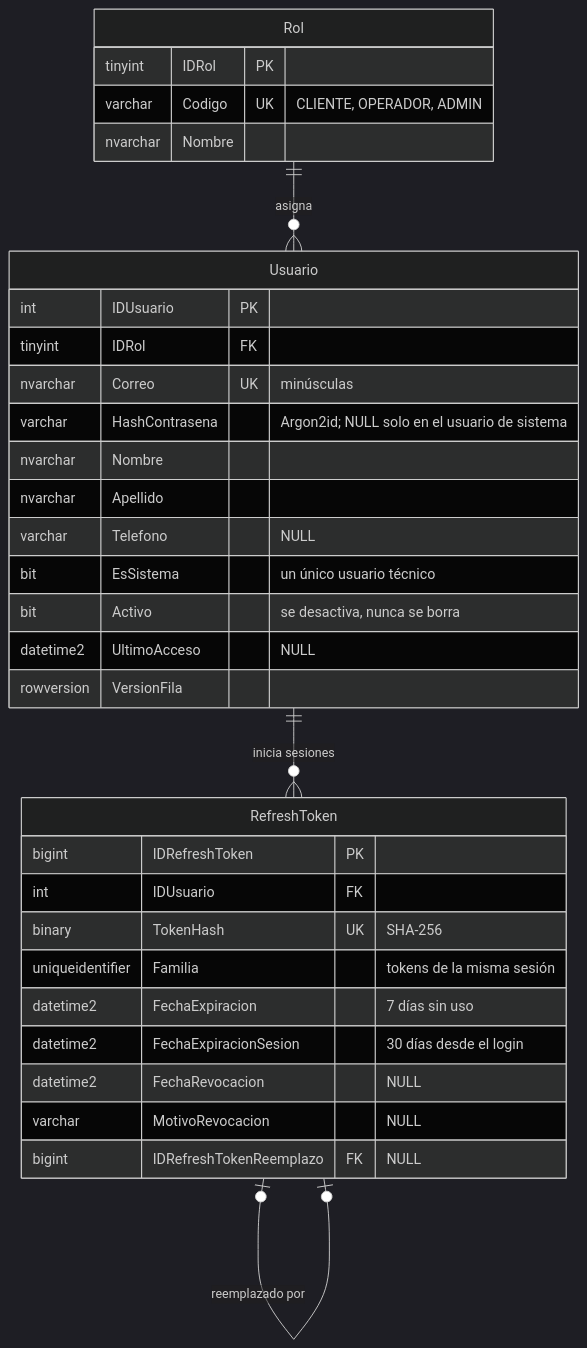
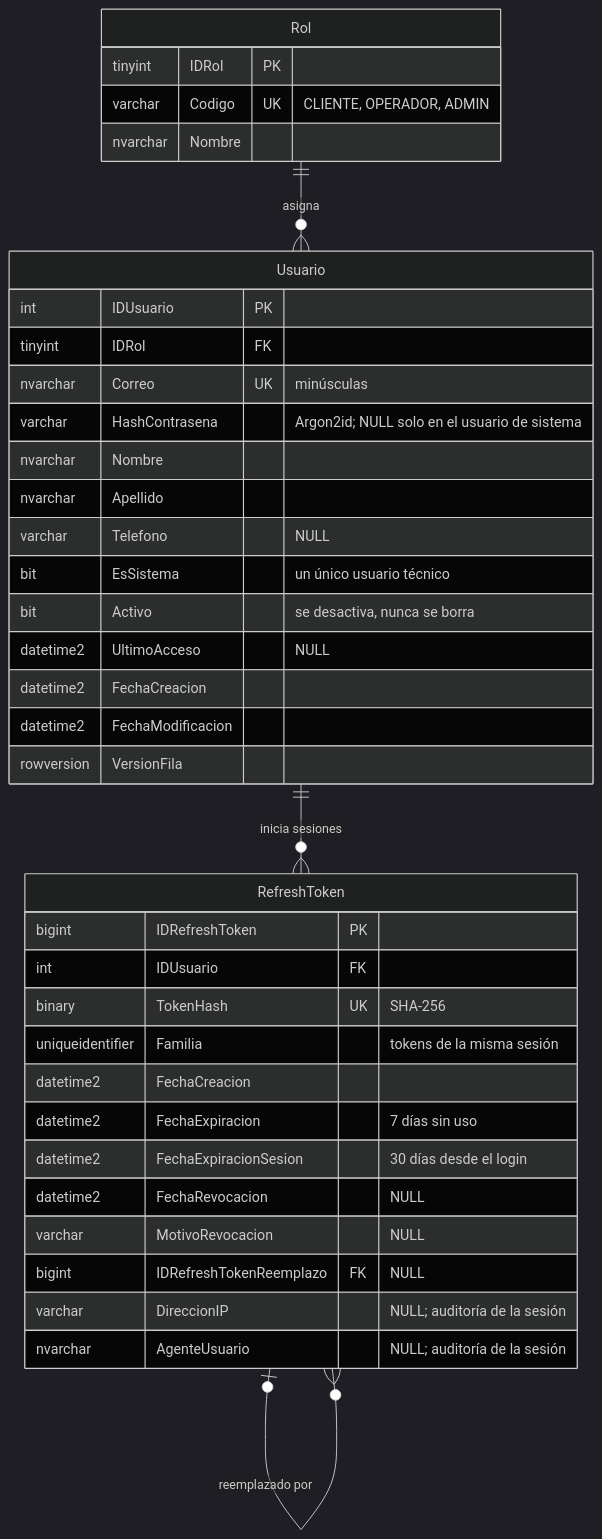
The second of 9 diagrams in docs/ER.md (aMarvinQ/ShopCart), drawn with Mermaid (dark theme) before and after one commit. The commit also changed other lines of this file and 3 other files, not shown here.

````diff
--- a/docs/ER.md
+++ b/docs/ER.md
@@ -7,36 +75,41 @@
 ```mermaid
 erDiagram
+    RefreshToken |o--o{ RefreshToken : "reemplazado por"
+    Usuario ||--o{ RefreshToken : "inicia sesiones"
     Rol ||--o{ Usuario : "asigna"
-    Usuario ||--o{ RefreshToken : "inicia sesiones"
-    RefreshToken |o--o| RefreshToken : "reemplazado por"
 
     Rol {
         tinyint IDRol PK
         varchar Codigo UK "CLIENTE, OPERADOR, ADMIN"
         nvarchar Nombre
     }
     Usuario {
         int IDUsuario PK
         tinyint IDRol FK
         nvarchar Correo UK "minúsculas"
         varchar HashContrasena "Argon2id; NULL solo en el usuario de sistema"
         nvarchar Nombre
         nvarchar Apellido
         varchar Telefono "NULL"
         bit EsSistema "un único usuario técnico"
         bit Activo "se desactiva, nunca se borra"
         datetime2 UltimoAcceso "NULL"
+        datetime2 FechaCreacion
+        datetime2 FechaModificacion
         rowversion VersionFila
     }
     RefreshToken {
         bigint IDRefreshToken PK
         int IDUsuario FK
         binary TokenHash UK "SHA-256"
         uniqueidentifier Familia "tokens de la misma sesión"
+        datetime2 FechaCreacion
         datetime2 FechaExpiracion "7 días sin uso"
         datetime2 FechaExpiracionSesion "30 días desde el login"
         datetime2 FechaRevocacion "NULL"
         varchar MotivoRevocacion "NULL"
         bigint IDRefreshTokenReemplazo FK "NULL"
+        varchar DireccionIP "NULL; auditoría de la sesión"
+        nvarchar AgenteUsuario "NULL; auditoría de la sesión"
     }
 ```
````
